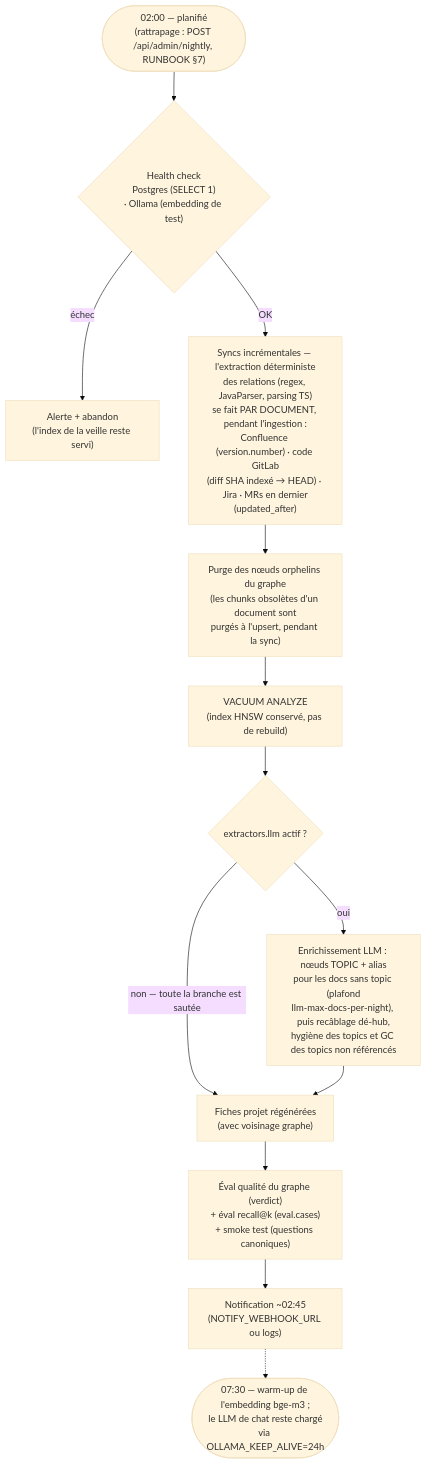
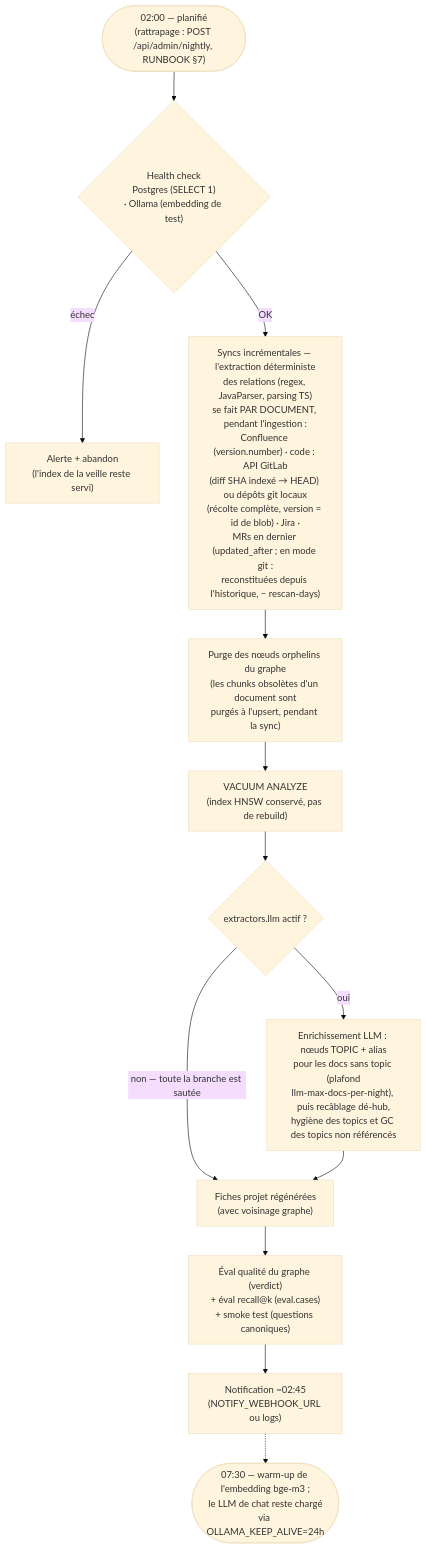
The third of 7 diagrams in docs/WORKFLOWS.md (fatahbenguenna/x-rag-project-assistant), drawn with Mermaid (base theme) before and after one commit. The commit also changed other lines of this file and 44 other files, not shown here.

````diff
--- a/docs/WORKFLOWS.md
+++ b/docs/WORKFLOWS.md
@@ -61,15 +61,15 @@
 ```mermaid
 flowchart TD
     START(["02:00 — planifié<br/>(rattrapage : POST /api/admin/nightly, RUNBOOK §7)"]) --> HC{"Health check<br/>Postgres (SELECT 1)<br/>· Ollama (embedding de test)"}
     HC -->|échec| ALERT["Alerte + abandon<br/>(l'index de la veille reste servi)"]
-    HC -->|OK| SYNC["Syncs incrémentales — l'extraction déterministe<br/>des relations (regex, JavaParser, parsing TS)<br/>se fait PAR DOCUMENT, pendant l'ingestion :<br/>Confluence (version.number) · code GitLab<br/>(diff SHA indexé → HEAD) · Jira · MRs en dernier<br/>(updated_after)"]
+    HC -->|OK| SYNC["Syncs incrémentales — l'extraction déterministe<br/>des relations (regex, JavaParser, parsing TS)<br/>se fait PAR DOCUMENT, pendant l'ingestion :<br/>Confluence (version.number) · code : API GitLab<br/>(diff SHA indexé → HEAD) ou dépôts git locaux<br/>(récolte complète, version = id de blob) · Jira ·<br/>MRs en dernier (updated_after ; en mode git :<br/>reconstituées depuis l'historique, − rescan-days)"]
     SYNC --> PURGE["Purge des nœuds orphelins du graphe<br/>(les chunks obsolètes d'un document sont<br/>purgés à l'upsert, pendant la sync)"]
     PURGE --> VACUUM["VACUUM ANALYZE<br/>(index HNSW conservé, pas de rebuild)"]
     VACUUM --> ENRICH{"extractors.llm actif ?"}
     ENRICH -->|"oui"| LLME["Enrichissement LLM : nœuds TOPIC + alias<br/>pour les docs sans topic (plafond<br/>llm-max-docs-per-night), puis recâblage dé-hub,<br/>hygiène des topics et GC des topics non référencés"]
     ENRICH -->|"non — toute la branche est sautée"| SHEETS
     LLME --> SHEETS["Fiches projet régénérées<br/>(avec voisinage graphe)"]
     SHEETS --> QUAL["Éval qualité du graphe (verdict)<br/>+ éval recall@k (eval.cases)<br/>+ smoke test (questions canoniques)"]
     QUAL --> NOTIF["Notification ~02:45<br/>(NOTIFY_WEBHOOK_URL ou logs)"]
     NOTIF -.-> WARM(["07:30 — warm-up de l'embedding bge-m3 ;<br/>le LLM de chat reste chargé<br/>via OLLAMA_KEEP_ALIVE=24h"])
 ```
````
